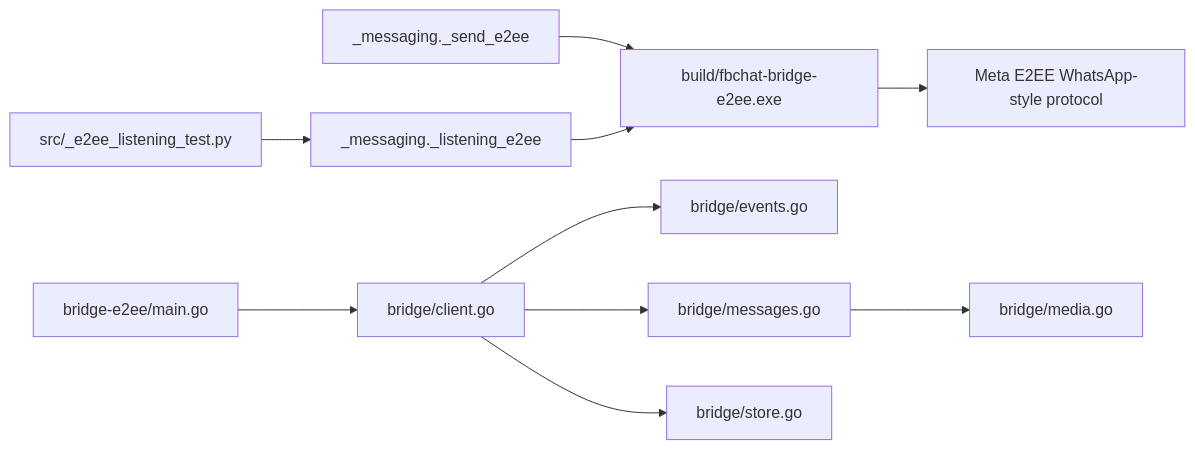
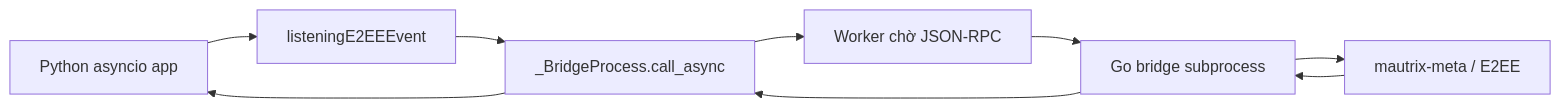
The third of 4 diagrams in FLOWCHART.md (m008v/fbchat-v2), drawn with Mermaid before and after one commit. The commit also changed other lines of this file and 74 other files, not shown here.

````diff
--- a/FLOWCHART.md
+++ b/FLOWCHART.md
@@ -154,26 +43,11 @@
 ```mermaid
 flowchart LR
-    PY_SEND_E2EE[_messaging._send_e2ee]
-    PY_LISTEN_E2EE[_messaging._listening_e2ee]
-    PY_E2EE_TEST[src/_e2ee_listening_test.py]
-
-    BRIDGE_BIN[build/fbchat-bridge-e2ee.exe]
-    BRIDGE_MAIN[bridge-e2ee/main.go]
-    BR_CLIENT[bridge/client.go]
-    BR_EVENTS[bridge/events.go]
-    BR_MEDIA[bridge/media.go]
-    BR_MSG[bridge/messages.go]
-    BR_STORE[bridge/store.go]
-
-    PY_SEND_E2EE --> BRIDGE_BIN
-    PY_LISTEN_E2EE --> BRIDGE_BIN
-    PY_E2EE_TEST --> PY_LISTEN_E2EE
-
-    BRIDGE_MAIN --> BR_CLIENT
-    BR_CLIENT --> BR_EVENTS
-    BR_CLIENT --> BR_MSG
-    BR_MSG --> BR_MEDIA
-    BR_CLIENT --> BR_STORE
-
-    BRIDGE_BIN --> META_E2EE[Meta E2EE WhatsApp-style protocol]
+    A[Python asyncio app] --> B[listeningE2EEEvent]
+    B --> C[_BridgeProcess.call_async]
+    C --> D[Worker chờ JSON-RPC]
+    D --> E[Go bridge subprocess]
+    E --> F[mautrix-meta / E2EE]
+    F --> E
+    E --> C
+    C --> A
 ```
````
